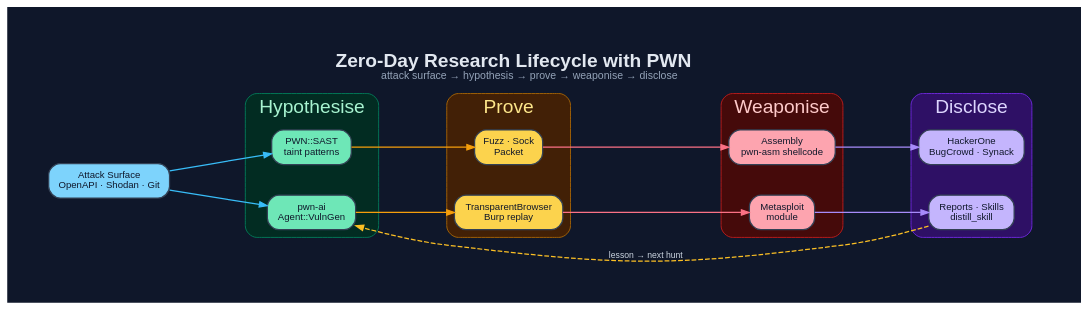
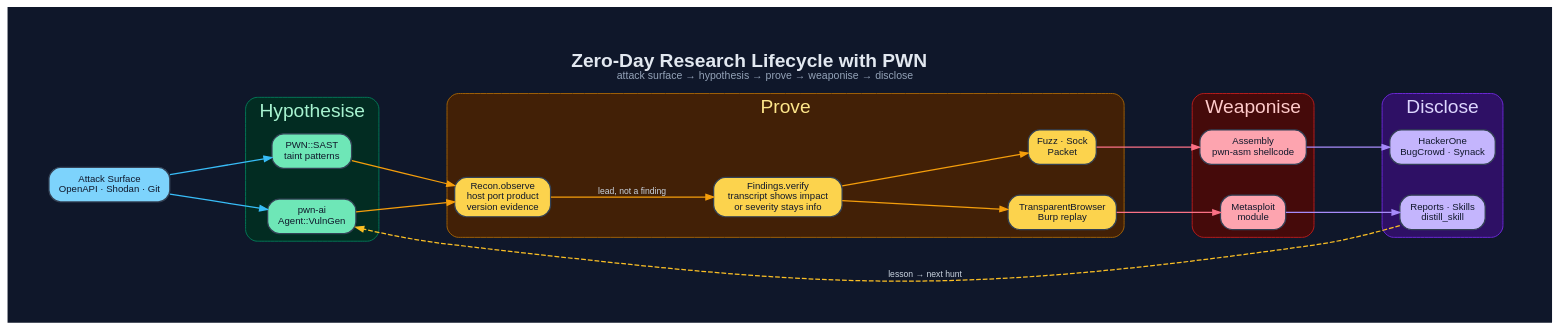
The diagram in documentation/diagrams/dot/zero-day-research-flow.dot (0dayInc/pwn), drawn with Graphviz before and after one commit. The commit also changed 62 other files, not shown here.

```diff
--- a/documentation/diagrams/dot/zero-day-research-flow.dot
+++ b/documentation/diagrams/dot/zero-day-research-flow.dot
@@ -1,49 +1,54 @@
 digraph "PWN_ZeroDay" {
   graph [
     label=<<B>Zero-Day Research Lifecycle with PWN</B><BR/><FONT POINT-SIZE="11" COLOR="#94a3b8">attack surface → hypothesis → prove → weaponise → disclose</FONT>>,
     labelloc=t, fontsize=20, fontname="Helvetica",
     rankdir=LR, splines=spline, nodesep=0.45, ranksep=1.2,
     bgcolor="#0f172a", fontcolor="#e2e8f0", pad=0.6, newrank=true
   ];
   node [fontname="Helvetica", fontsize=10, style="filled,rounded",
         shape=box, penwidth=1.3, color="#334155", fontcolor="#0f172a"];
   edge [fontname="Helvetica", fontsize=9, color="#94a3b8",
         fontcolor="#cbd5e1", penwidth=1.3, arrowsize=0.8];
 
   Surface [label="Attack Surface\nOpenAPI · Shodan · Git", fillcolor="#7dd3fc"];
 
   subgraph cluster_hyp {
     label="Hypothesise"; fontcolor="#a7f3d0"; style=rounded;
     color="#047857"; bgcolor="#022c22";
     SAST [label="PWN::SAST\ntaint patterns", fillcolor="#6ee7b7"];
     AI   [label="pwn-ai\nAgent::VulnGen",    fillcolor="#6ee7b7"];
   }
   subgraph cluster_prove {
     label="Prove"; fontcolor="#fde68a"; style=rounded;
     color="#a16207"; bgcolor="#422006";
     Fuzz [label="Fuzz · Sock\nPacket",        fillcolor="#fcd34d"];
     TB   [label="TransparentBrowser\nBurp replay", fillcolor="#fcd34d"];
+    Obs  [label="Recon.observe\nhost port product\nversion evidence", fillcolor="#fcd34d"];
+    Ver  [label="Findings.verify\ntranscript shows impact\nor severity stays info", fillcolor="#fcd34d"];
   }
   subgraph cluster_weapon {
     label="Weaponise"; fontcolor="#fecaca"; style=rounded;
     color="#b91c1c"; bgcolor="#450a0a";
     Asm [label="Assembly\npwn-asm shellcode", fillcolor="#fda4af"];
     MSF [label="Metasploit\nmodule",           fillcolor="#fda4af"];
   }
   subgraph cluster_disc {
     label="Disclose"; fontcolor="#ddd6fe"; style=rounded;
     color="#6d28d9"; bgcolor="#2e1065";
     H1  [label="HackerOne\nBugCrowd · Synack",  fillcolor="#c4b5fd"];
     Rep [label="Reports · Skills\ndistill_skill", fillcolor="#c4b5fd"];
   }
 
   Surface -> SAST [color="#38bdf8"];
   Surface -> AI   [color="#38bdf8"];
-  SAST -> Fuzz [color="#f59e0b"];
-  AI   -> TB   [color="#f59e0b"];
+  SAST -> Obs [color="#f59e0b"];
+  AI   -> Obs [color="#f59e0b"];
+  Obs  -> Ver [label="lead, not a finding", color="#f59e0b"];
+  Ver  -> Fuzz [color="#f59e0b"];
+  Ver  -> TB   [color="#f59e0b"];
   Fuzz -> Asm  [color="#fb7185"];
   TB   -> MSF  [color="#fb7185"];
   Asm  -> H1   [color="#a78bfa"];
   MSF  -> Rep  [color="#a78bfa"];
   Rep  -> AI   [label="lesson → next hunt", style=dashed, color="#fbbf24", constraint=false];
 }
```
